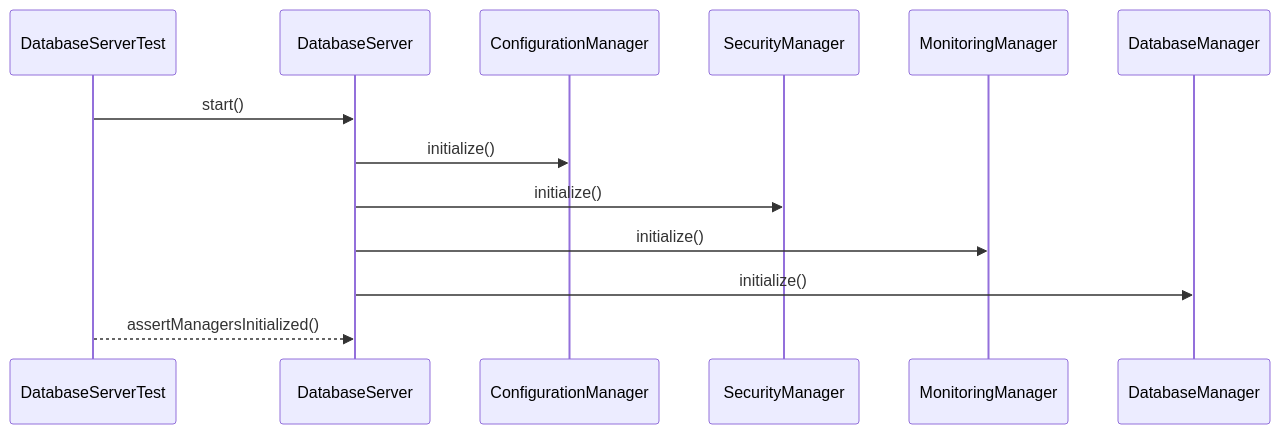
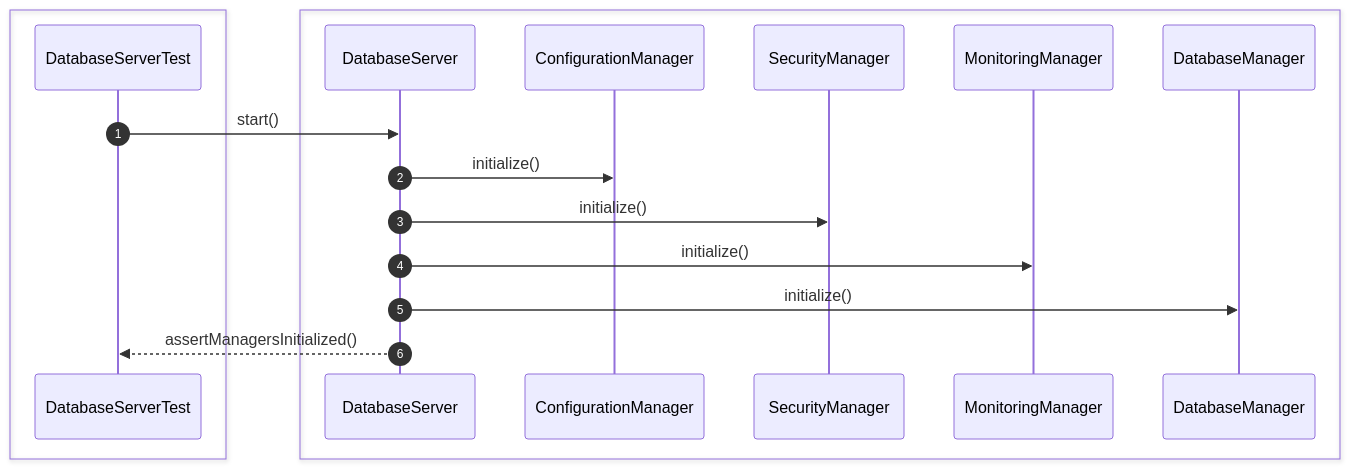
Before and after one commit to Huy1801214/dbms-architecture: the fourth of 52 diagrams in src/sequence/db-server.md, drawn with Mermaid. The commit also changed other lines of this file and 10 other files, not shown here.

Commit message:
add comprehensive sequence diagrams and documentation for system architecture and unit testing specifications

````diff
--- a/src/sequence/db-server.md
+++ b/src/sequence/db-server.md
@@ -40,18 +60,22 @@
 ```mermaid
 sequenceDiagram
+    autonumber
+
+    box #e1f5fe Test Suite
     participant Test as DatabaseServerTest
+    end
+    box #e3f2fd Server Managers
     participant Server as DatabaseServer
     participant Config as ConfigurationManager
     participant Security as SecurityManager
     participant Monitor as MonitoringManager
     participant DBManager as DatabaseManager
+    end
 
     Test->>Server: start()
-
     Server->>Config: initialize()
     Server->>Security: initialize()
     Server->>Monitor: initialize()
     Server->>DBManager: initialize()
-
-    Test-->>Server: assertManagersInitialized()
+    Server-->>Test: assertManagersInitialized()
 ```
````
